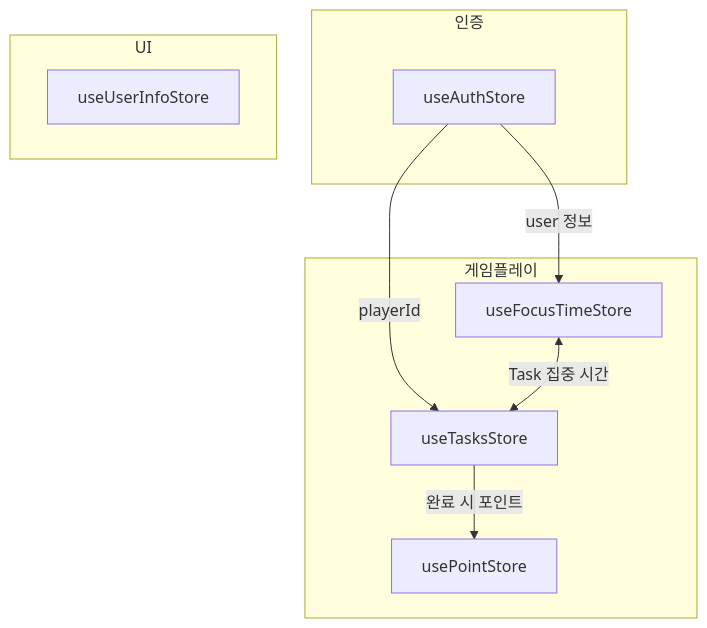
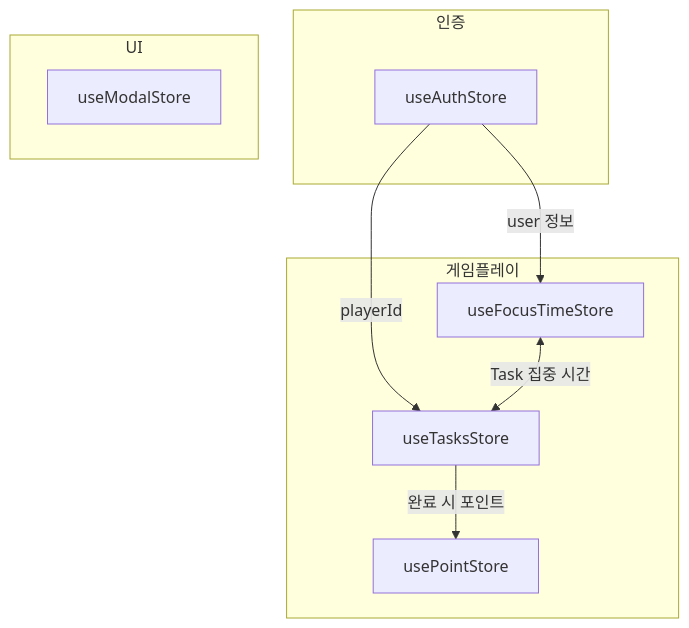
Before and after one commit to boostcampwm2025/web19-estrogenquattro: the second of 2 diagrams in docs/architecture/STATE_MANAGEMENT.md, drawn with Mermaid. The commit also changed other lines of this file and 1 other file, not shown here.

Commit message:
docs: 모달 store 통합에 따른 문서 수정

````diff
--- a/docs/architecture/STATE_MANAGEMENT.md
+++ b/docs/architecture/STATE_MANAGEMENT.md
@@ -211,21 +220,21 @@
 ```mermaid
 flowchart TB
     subgraph 인증
         Auth[useAuthStore]
     end
 
     subgraph 게임플레이
         Focus[useFocusTimeStore]
         Tasks[useTasksStore]
         Point[usePointStore]
     end
 
     subgraph UI
-        UserInfo[useUserInfoStore]
+        Modal[useModalStore]
     end
 
     Auth -->|user 정보| Focus
     Auth -->|playerId| Tasks
     Focus <-->|Task 집중 시간| Tasks
     Tasks -->|완료 시 포인트| Point
 ```
````
